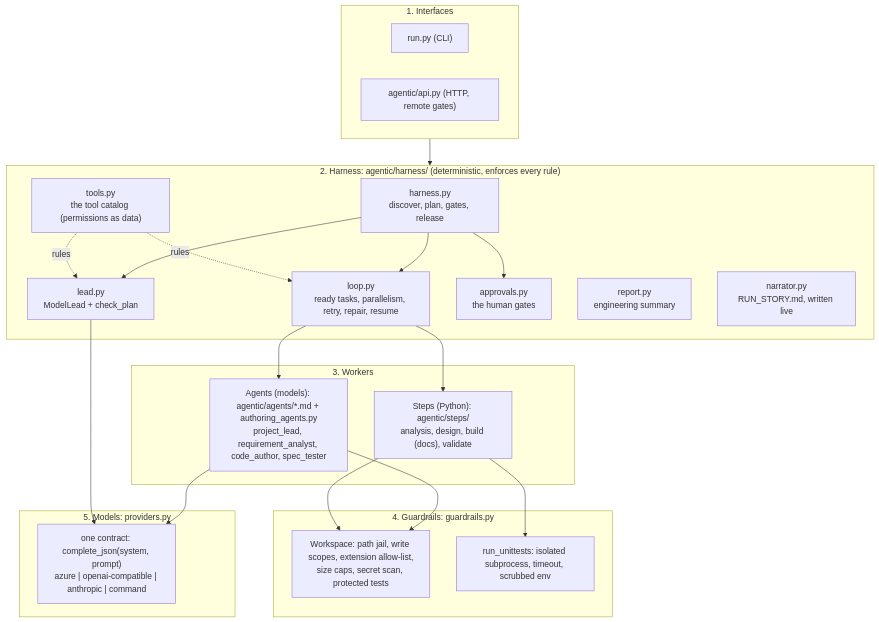
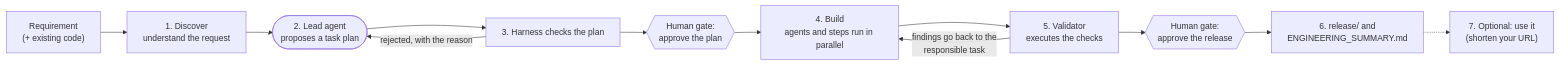
One commit to rohonmohapatra84/assessment-scwb changed the first of 3 diagrams in docs/ARCHITECTURE.md. Above: the diagram before and after it, drawn with Mermaid. The commit also changed other lines of this file and 10 other files, not shown here.

First line of the commit message:
Docs: prerequisites, hands-on tests first, plain-language architecture, remove overlap

````diff
--- a/docs/ARCHITECTURE.md
+++ b/docs/ARCHITECTURE.md
@@ -37,40 +27,14 @@
 ```mermaid
-flowchart TB
-  subgraph L1["1. Interfaces"]
-    CLI["run.py (CLI)"]
-    API["agentic/api.py (HTTP, remote gates)"]
-  end
-  subgraph L2["2. Harness: agentic/harness/ (deterministic, enforces every rule)"]
-    H["harness.py<br/>discover, plan, gates, release"]
-    LD["lead.py<br/>ModelLead + check_plan"]
-    LP["loop.py<br/>ready tasks, parallelism, retry, repair, resume"]
-    AP["approvals.py<br/>the human gates"]
-    RP["report.py<br/>engineering summary"]
-    NR["narrator.py<br/>RUN_STORY.md, written live"]
-    TL["tools.py<br/>the tool catalog (permissions as data)"]
-  end
-  subgraph L3["3. Workers"]
-    AG["Agents (models): agentic/agents/*.md + authoring_agents.py<br/>project_lead, requirement_analyst, code_author, spec_tester"]
-    ST["Steps (Python): agentic/steps/<br/>analysis, design, build (docs), validate"]
-  end
-  subgraph L4["4. Guardrails: guardrails.py"]
-    WS["Workspace: path jail, write scopes, extension allow-list,<br/>size caps, secret scan, protected tests"]
-    RT["run_unittests: isolated subprocess, timeout, scrubbed env"]
-  end
-  subgraph L5["5. Models: providers.py"]
-    PV["one contract: complete_json(system, prompt)<br/>azure | openai-compatible | anthropic | command"]
-  end
-  L1 --> L2
-  H --> LD
-  H --> LP
-  H --> AP
-  LP --> AG
-  LP --> ST
-  AG --> WS
-  ST --> WS
-  ST --> RT
-  AG --> PV
-  LD --> PV
-  TL -. "rules" .-> LD
-  TL -. "rules" .-> LP
+flowchart LR
+  REQ["Requirement<br/>(+ existing code)"] --> DISC["1. Discover<br/>understand the request"]
+  DISC --> LEAD(["2. Lead agent<br/>proposes a task plan"])
+  LEAD --> CHK["3. Harness checks the plan"]
+  CHK -- "rejected, with the reason" --> LEAD
+  CHK --> G1{{"Human gate:<br/>approve the plan"}}
+  G1 --> BUILD["4. Build<br/>agents and steps run in parallel"]
+  BUILD --> VAL["5. Validator<br/>executes the checks"]
+  VAL -- "findings go back to the<br/>responsible task" --> BUILD
+  VAL --> G2{{"Human gate:<br/>approve the release"}}
+  G2 --> OUT["6. release/ and<br/>ENGINEERING_SUMMARY.md"]
+  OUT -.-> USE["7. Optional: use it<br/>(shorten your URL)"]
 ```
````
